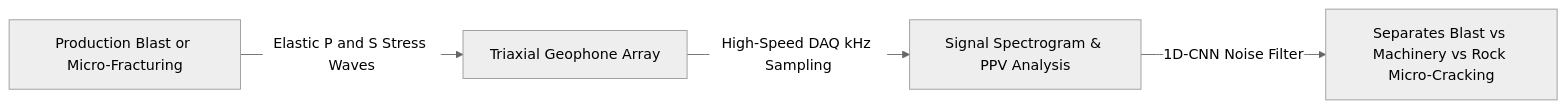
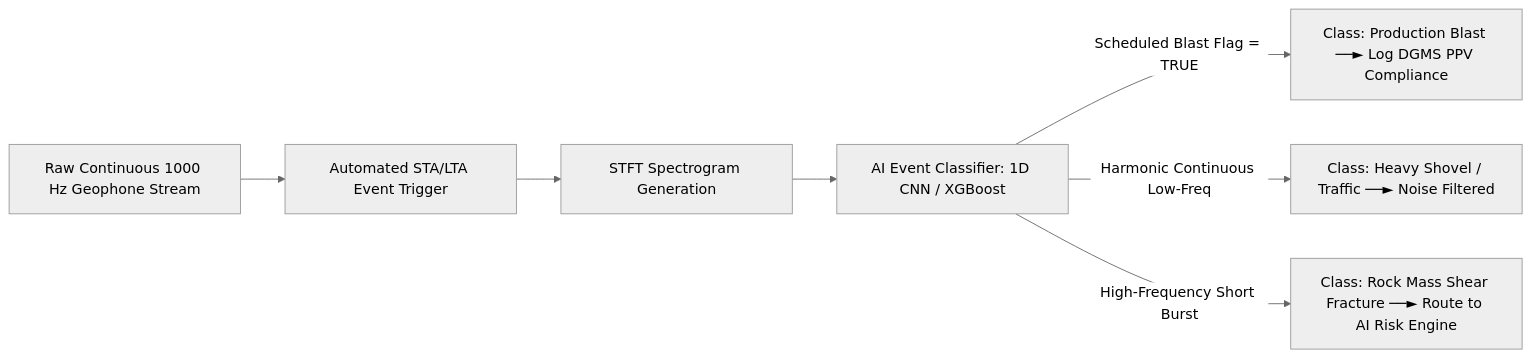
Before and after one commit to angelverman2021-a11y/Report: the third of 8 diagrams in docs/16_Seismic_Vibration_Sensors.md, drawn with Mermaid (neutral theme). The commit also changed other lines of this file, not shown here.

````diff
--- a/docs/16_Seismic_Vibration_Sensors.md
+++ b/docs/16_Seismic_Vibration_Sensors.md
@@ -16,6 +226,9 @@
 ```mermaid
 flowchart LR
-    A[Production Blast or Micro-Fracturing] -->|Elastic P and S Stress Waves| B[Triaxial Geophone Array]
-    B -->|High-Speed DAQ kHz Sampling| C[Signal Spectrogram & PPV Analysis]
-    C -->|1D-CNN Noise Filter| D[Separates Blast vs Machinery vs Rock Micro-Cracking]
+    RAW[Raw Continuous 1000 Hz Geophone Stream] --> STA_LTA[Automated STA/LTA Event Trigger]
+    STA_LTA --> SPECTRAL[STFT Spectrogram Generation]
+    SPECTRAL --> CNN_ML[AI Event Classifier: 1D CNN / XGBoost]
+    CNN_ML -->|Scheduled Blast Flag = TRUE| BLAST[Class: Production Blast ──► Log DGMS PPV Compliance]
+    CNN_ML -->|Harmonic Continuous Low-Freq| MACH[Class: Heavy Shovel / Traffic ──► Noise Filtered]
+    CNN_ML -->|High-Frequency Short Burst| FRACT[Class: Rock Mass Shear Fracture ──► Route to AI Risk Engine]
 ```
````
